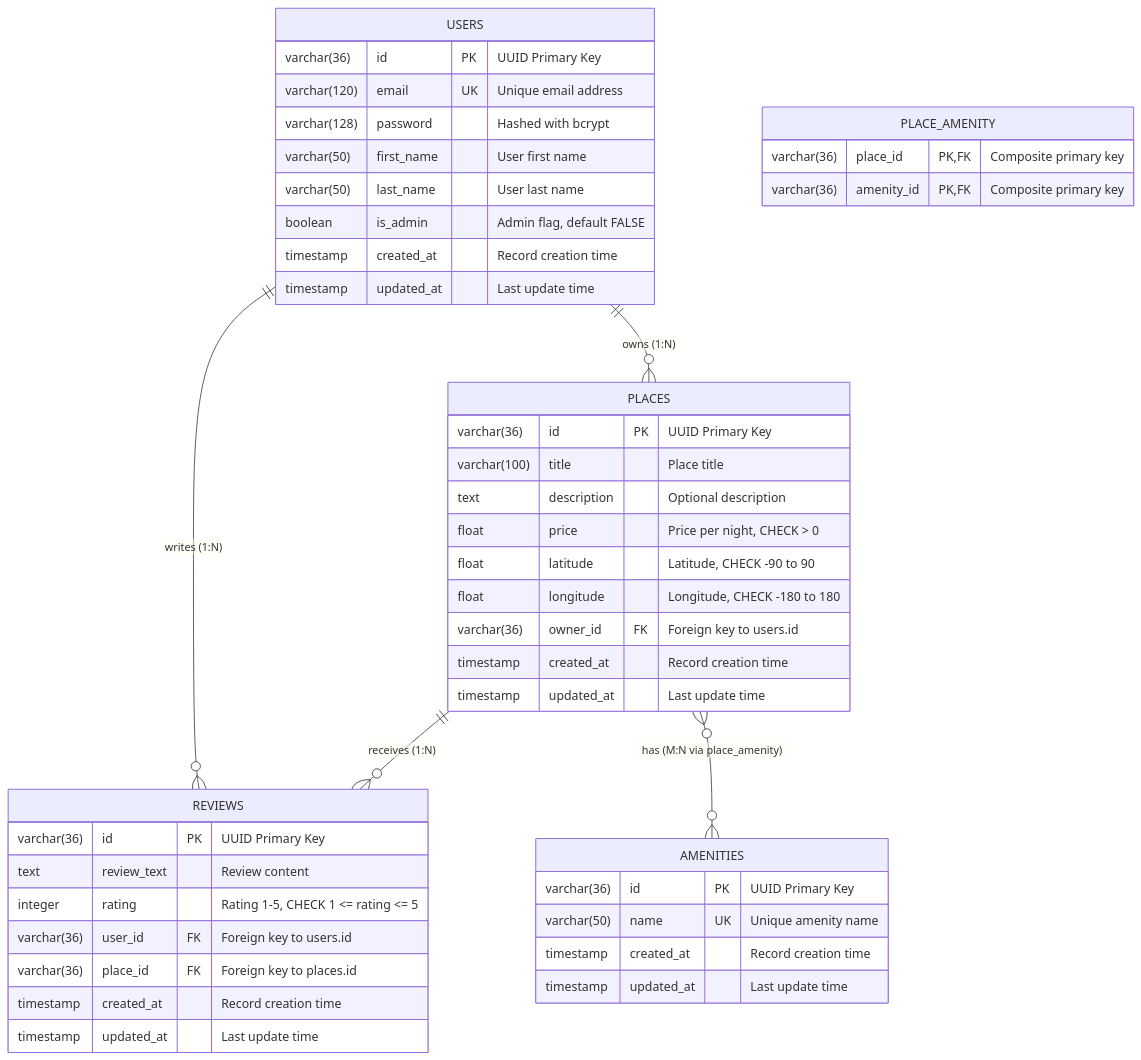
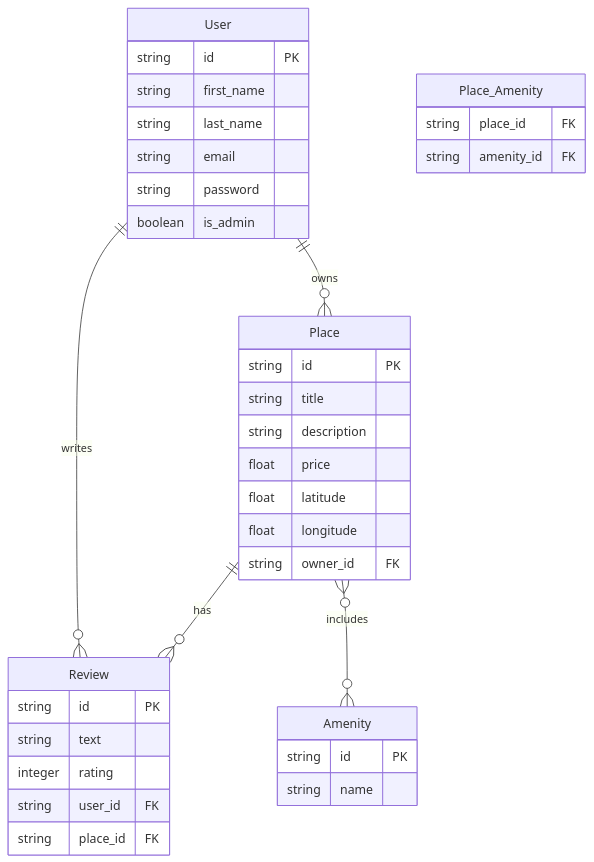
Before and after one commit to nawfel83/holbertonschool-hbnb: the diagram in part 3/database_diagram.md, drawn with Mermaid. The commit also changed other lines of this file, not shown here.

Commit message:
Update database diagram: simplify structure and remove unnecessary details for clarity

````diff
--- a/part 3/database_diagram.md
+++ b/part 3/database_diagram.md
@@ -5,53 +3,44 @@
 ```mermaid
 erDiagram
-    USERS {
-        varchar(36) id PK "UUID Primary Key"
-        varchar(120) email UK "Unique email address"
-        varchar(128) password "Hashed with bcrypt"
-        varchar(50) first_name "User first name"
-        varchar(50) last_name "User last name"
-        boolean is_admin "Admin flag, default FALSE"
-        timestamp created_at "Record creation time"
-        timestamp updated_at "Last update time"
+    User {
+        string id PK
+        string first_name
+        string last_name
+        string email
+        string password
+        boolean is_admin
     }
     
-    PLACES {
-        varchar(36) id PK "UUID Primary Key"
-        varchar(100) title "Place title"
-        text description "Optional description"
-        float price "Price per night, CHECK > 0"
-        float latitude "Latitude, CHECK -90 to 90"
-        float longitude "Longitude, CHECK -180 to 180"
-        varchar(36) owner_id FK "Foreign key to users.id"
-        timestamp created_at "Record creation time"
-        timestamp updated_at "Last update time"
+    Place {
+        string id PK
+        string title
+        string description
+        float price
+        float latitude
+        float longitude
+        string owner_id FK
     }
     
-    REVIEWS {
-        varchar(36) id PK "UUID Primary Key"
-        text review_text "Review content"
-        integer rating "Rating 1-5, CHECK 1 <= rating <= 5"
-        varchar(36) user_id FK "Foreign key to users.id"
-        varchar(36) place_id FK "Foreign key to places.id"
-        timestamp created_at "Record creation time"
-        timestamp updated_at "Last update time"
+    Review {
+        string id PK
+        string text
+        integer rating
+        string user_id FK
+        string place_id FK
     }
     
-    AMENITIES {
-        varchar(36) id PK "UUID Primary Key"
-        varchar(50) name UK "Unique amenity name"
-        timestamp created_at "Record creation time"
-        timestamp updated_at "Last update time"
+    Amenity {
+        string id PK
+        string name
     }
     
-    PLACE_AMENITY {
-        varchar(36) place_id PK,FK "Composite primary key"
-        varchar(36) amenity_id PK,FK "Composite primary key"
+    Place_Amenity {
+        string place_id FK
+        string amenity_id FK
     }
     
-    %% Relations
-    USERS ||--o{ PLACES : "owns (1:N)"
-    USERS ||--o{ REVIEWS : "writes (1:N)"
-    PLACES ||--o{ REVIEWS : "receives (1:N)"
-    PLACES }o--o{ AMENITIES : "has (M:N via place_amenity)"
+    User ||--o{ Place : owns
+    Place ||--o{ Review : has
+    User ||--o{ Review : writes
+    Place }o--o{ Amenity : includes
 ```
````
